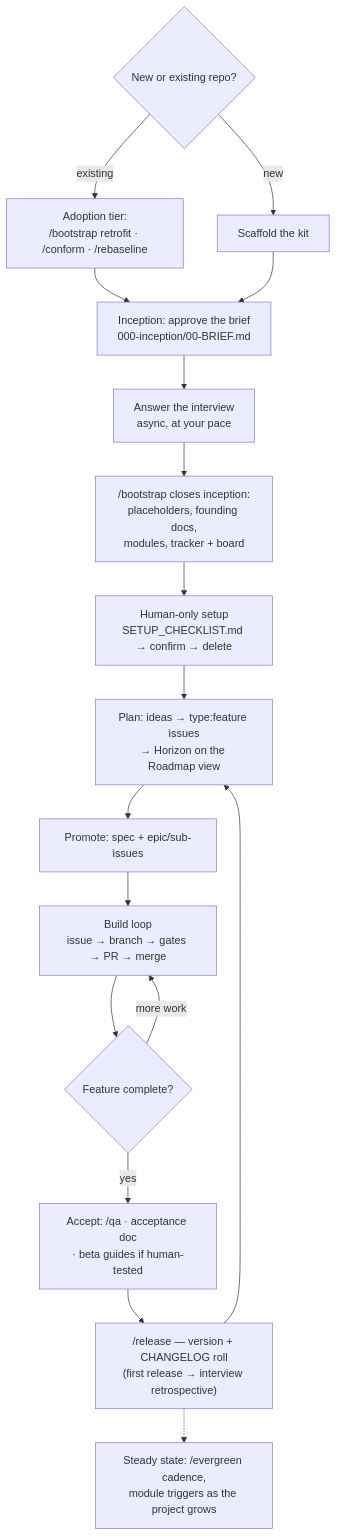
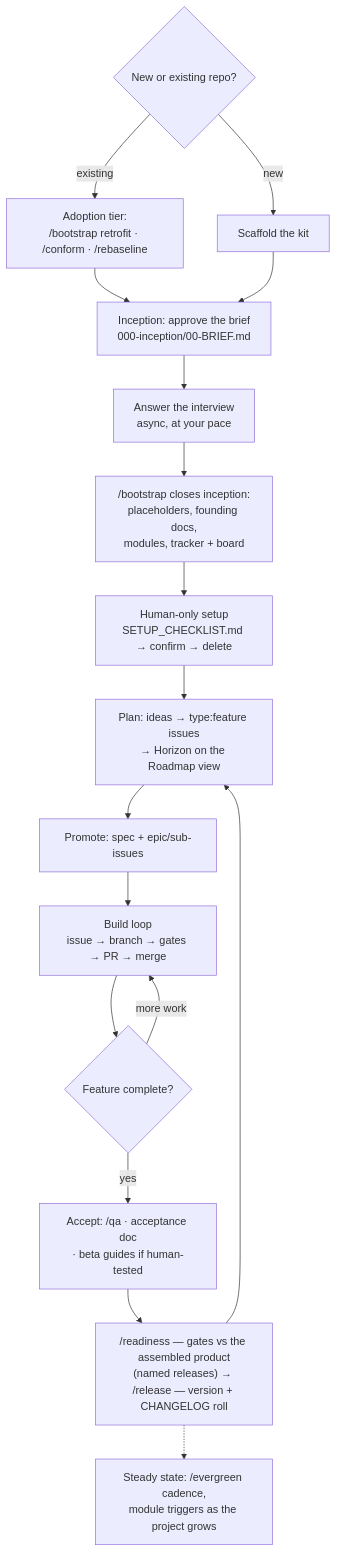
Before and after one commit to dragondad22/claude-starter-kit: the diagram in template/core/docs/kit/WORKFLOW.md, drawn with Mermaid. The commit also changed other lines of this file and 9 other files, not shown here.

First line of the commit message:
feat(template): /readiness — run the gates against the assembled product (#241)

````diff
--- a/template/core/docs/kit/WORKFLOW.md
+++ b/template/core/docs/kit/WORKFLOW.md
@@ -9,19 +9,19 @@
 ```mermaid
 flowchart TD
     A{New or existing repo?} -->|new| B[Scaffold the kit]
     A -->|existing| B2[Adoption tier:\n/bootstrap retrofit · /conform · /rebaseline]
     B2 --> C
     B --> C[Inception: approve the brief\n000-inception/00-BRIEF.md]
     C --> D[Answer the interview\nasync, at your pace]
     D --> E["/bootstrap closes inception:\nplaceholders, founding docs,\nmodules, tracker + board"]
     E --> F[Human-only setup\nSETUP_CHECKLIST.md → confirm → delete]
     F --> G[Plan: ideas → type:feature issues\n→ Horizon on the Roadmap view]
     G --> H[Promote: spec + epic/sub-issues]
     H --> I[Build loop\nissue → branch → gates → PR → merge]
     I --> J{Feature complete?}
     J -->|more work| I
     J -->|yes| K[Accept: /qa · acceptance doc\n· beta guides if human-tested]
-    K --> L["/release — version + CHANGELOG roll\n(first release → interview retrospective)"]
+    K --> L["/readiness — gates vs the assembled product\n(named releases) → /release — version + CHANGELOG roll"]
     L --> G
     L -.-> M[Steady state: /evergreen cadence,\nmodule triggers as the project grows]
 ```
````
